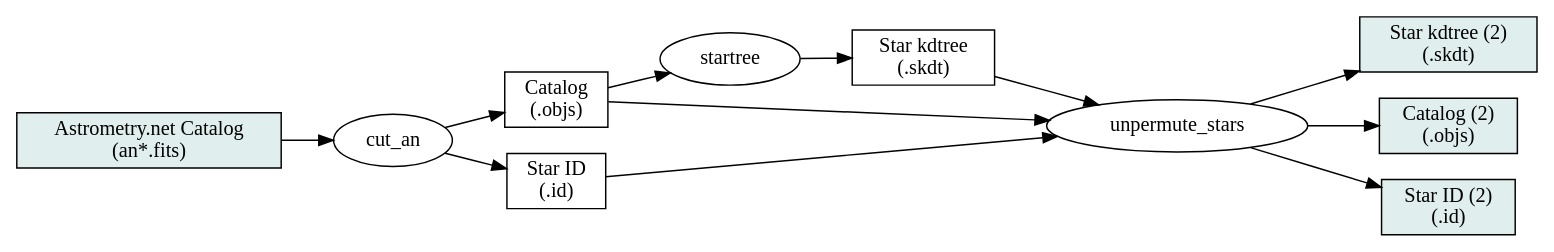
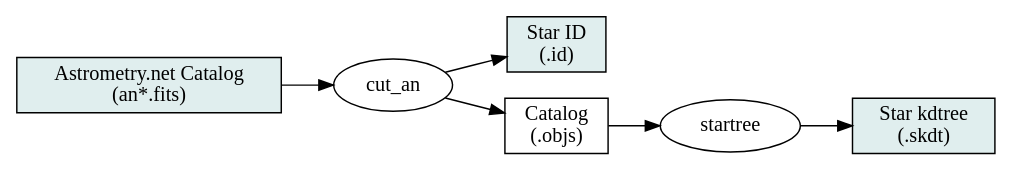
One commit to blackball/an-test6 changed the diagram in trunk/src/quads/pipeline0.dot. Above: the diagram before and after it, drawn with Graphviz. The commit also changed 3 other files, not shown here.

```diff
--- a/trunk/src/quads/pipeline0.dot
+++ b/trunk/src/quads/pipeline0.dot
@@ -1,38 +1,28 @@
 graph indexpipeline {
 	graph [ rankdir = LR ];
 	node [ shape=box ];
 	edge [ dir=forward ];
 	node [ style=filled, fillcolor=azure2 ];
 	ancat [ label="Astrometry.net Catalog\n(an*.fits)" ];
-	skdt2 [ label="Star kdtree (2)\n(.skdt)" ];
-	objs2  [ label="Catalog (2)\n(.objs)" ];
-	id2    [ label="Star ID (2)\n(.id)" ];
+	id    [ label="Star ID\n(.id)" ];
+	skdt  [ label="Star kdtree\n(.skdt)" ];
 	node [ style="" ];
 	objs  [ label="Catalog\n(.objs)" ];
-	id    [ label="Star ID\n(.id)" ];
-	skdt  [ label="Star kdtree\n(.skdt)" ];
 
 	node [ shape=ellipse ];
 	ancat -- cut_an
 	cut_an -- objs
 	cut_an -- id
 	objs -- startree -- skdt
-	skdt -- unpermute_stars -- skdt2
-	objs -- unpermute_stars [ minlen=3 ];
-	unpermute_stars -- objs2
-	id -- unpermute_stars [ minlen=3 ];
-	unpermute_stars -- id2
-
-
 }
 
 
 // render with:
 //   dot -Tps2 -o pipeline0.eps pipeline0.dot
 //   epstopng pipeline.eps
 
 // to get bounding box:
 //   gs -q -dNOPAUSE -dBATCH -dTextAlphaBits=4 -dGraphicsAlphaBits=4 -sDEVICE=bbox pipeline.ps
 // to render as png:
 //   gs -q -dNOPAUSE -dBATCH -dTextAlphaBits=4 -dGraphicsAlphaBits=4 -sDEVICE=png16m -sOutputFile=pipeline.png -g850x162 pipeline.ps
 // (where 850x162 is determined by the output of the bounding-box stage)
```
